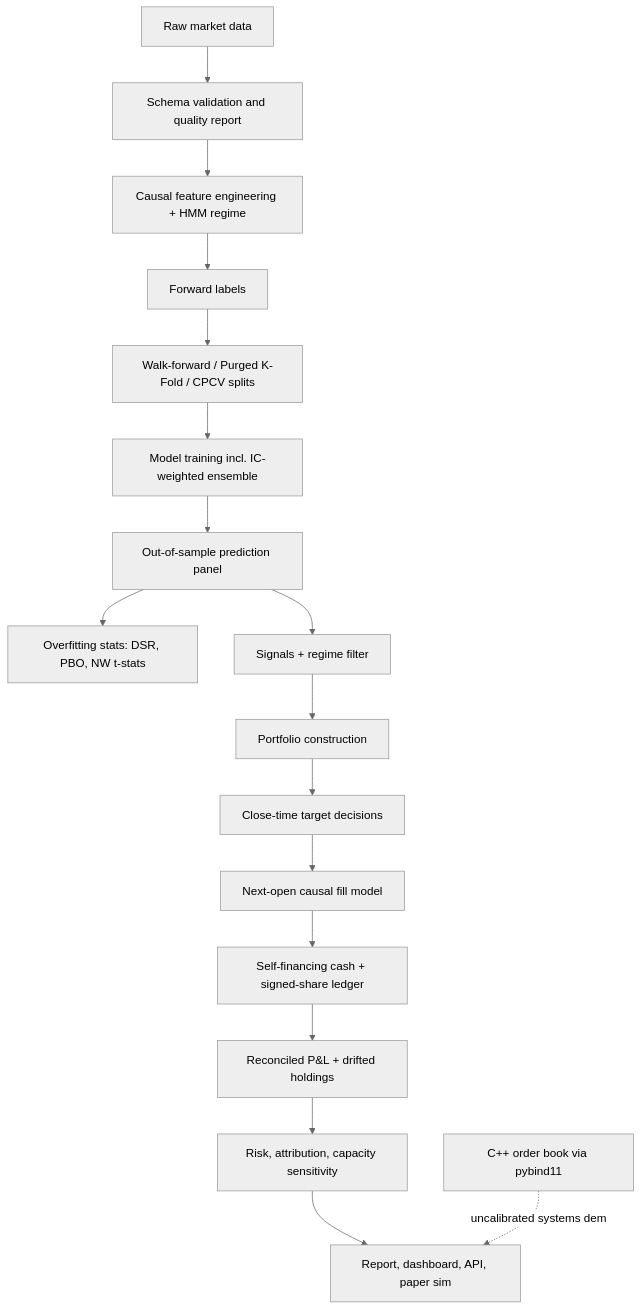
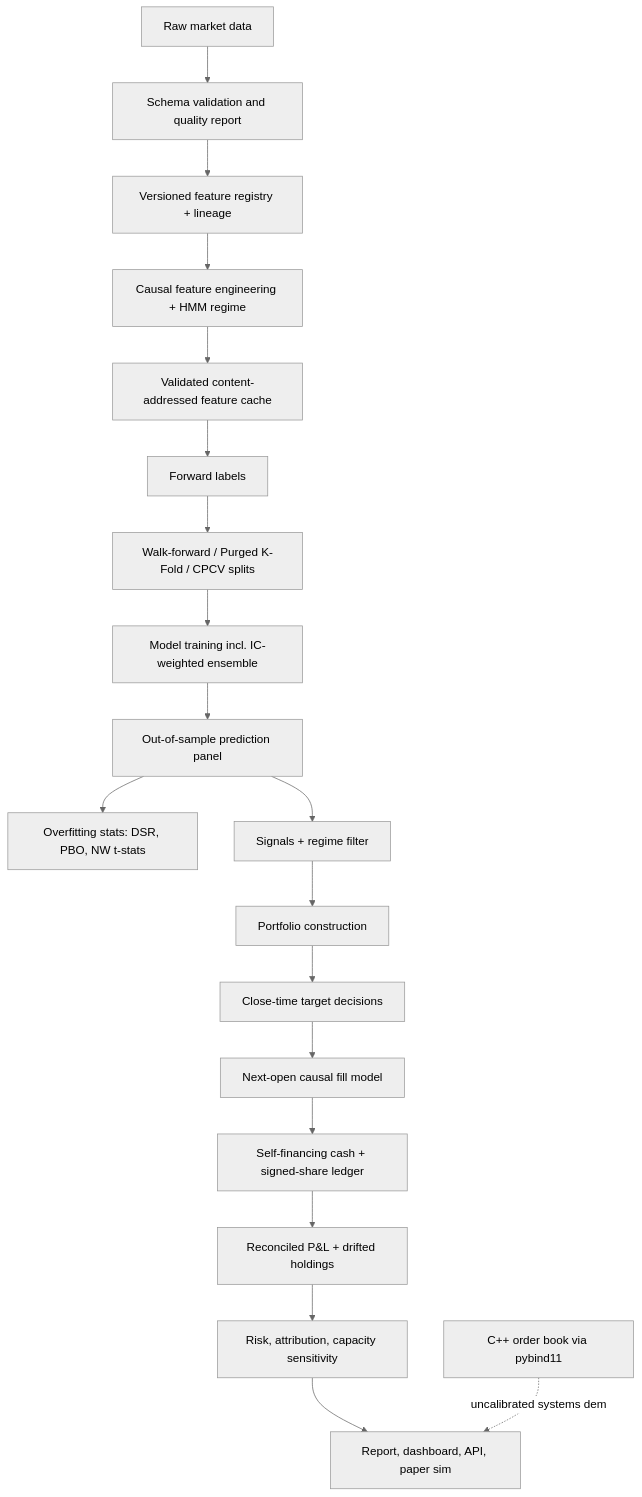
Before and after one commit to srgangaram-swe/AlphaForge: the diagram in docs/architecture.md, drawn with Mermaid (neutral theme). The commit also changed other lines of this file and 19 other files, not shown here.

Commit message:
feat(features): add versioned feature contracts

````diff
--- a/docs/architecture.md
+++ b/docs/architecture.md
@@ -5,19 +5,21 @@
 ```mermaid
 flowchart TD
     raw[Raw market data] --> validate[Schema validation and quality report]
-    validate --> features[Causal feature engineering + HMM regime]
-    features --> labels[Forward labels]
+    validate --> registry[Versioned feature registry + lineage]
+    registry --> features[Causal feature engineering + HMM regime]
+    features --> cache[Validated content-addressed feature cache]
+    cache --> labels[Forward labels]
     labels --> splits[Walk-forward / Purged K-Fold / CPCV splits]
     splits --> models[Model training incl. IC-weighted ensemble]
     models --> preds[Out-of-sample prediction panel]
     preds --> overfit[Overfitting stats: DSR, PBO, NW t-stats]
     preds --> signals[Signals + regime filter]
     signals --> portfolio[Portfolio construction]
     portfolio --> orders[Close-time target decisions]
     orders --> execution[Next-open causal fill model]
     execution --> ledger[Self-financing cash + signed-share ledger]
     ledger --> backtest[Reconciled P&L + drifted holdings]
     backtest --> risk[Risk, attribution, capacity sensitivity]
     risk --> outputs[Report, dashboard, API, paper sim]
     native[C++ order book via pybind11] -.uncalibrated systems demo.-> outputs
 ```
````
